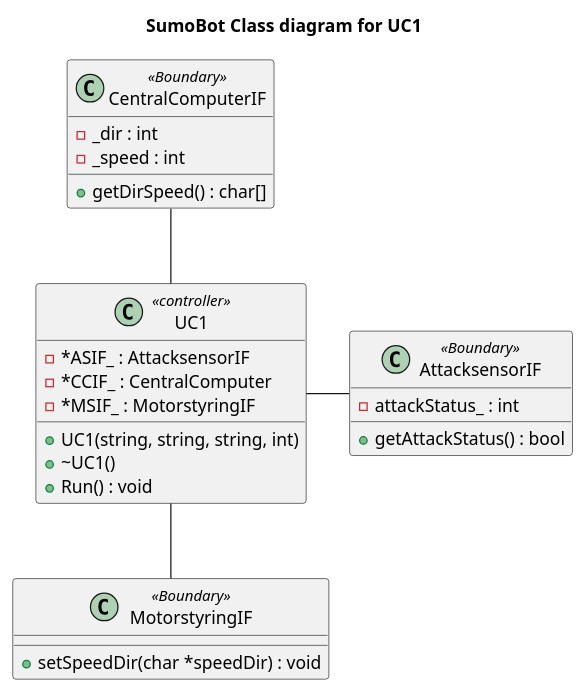
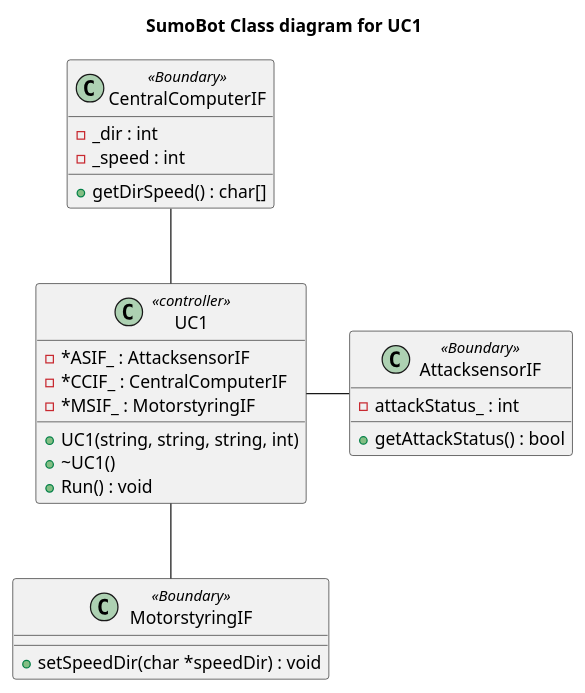
The diagram in Diagrammer/SumoBot/Classdiagram/SumoBot_ClassDiagram/SumoBot_ClassDiagram.plantuml (Solvgraa-mager/E3PRJ3), drawn with PlantUML before and after one commit. The commit also changed 8 other files, not shown here.

Commit message:
Even more class diagram updates

```diff
--- a/Diagrammer/SumoBot/Classdiagram/SumoBot_ClassDiagram/SumoBot_ClassDiagram.plantuml
+++ b/Diagrammer/SumoBot/Classdiagram/SumoBot_ClassDiagram/SumoBot_ClassDiagram.plantuml
@@ -1,32 +1,32 @@
 @startuml
 title SumoBot Class diagram for UC1
 
 
 class UC1 <<controller>>{
     -*ASIF_ : AttacksensorIF
-    -*CCIF_ : CentralComputer
+    -*CCIF_ : CentralComputerIF
     -*MSIF_ : MotorstyringIF
     +UC1(string, string, string, int)
     +~UC1()
     +Run() : void
 }
 
 class AttacksensorIF<<Boundary>>{
     -attackStatus_ : int
     +getAttackStatus() : bool 
 }
 
 class MotorstyringIF <<Boundary>>{
     +setSpeedDir(char *speedDir) : void
 }
 class CentralComputerIF <<Boundary>>{
     -_dir : int
     -_speed : int
     +getDirSpeed() : char[]
 }
 
 CentralComputerIF -- UC1
 UC1 -- MotorstyringIF
 UC1 - AttacksensorIF
 
 @enduml
```
